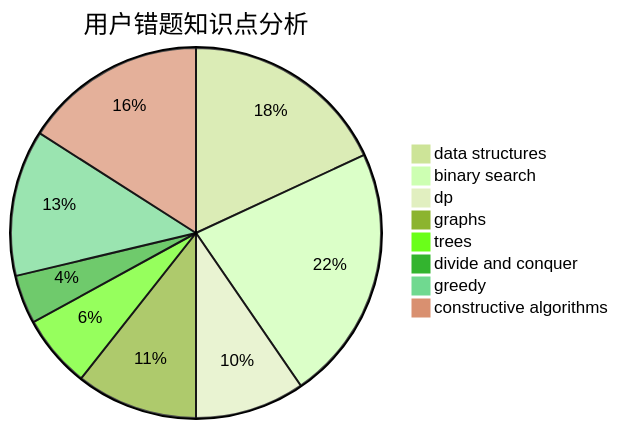
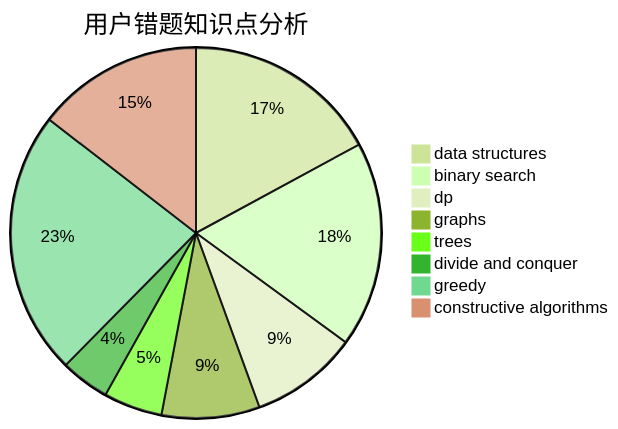
Before and after one commit to sherpahu/cfrs.github.io: the third of 3 diagrams in docs/user/u2260.md, drawn with Mermaid (forest theme). The commit also changed other lines of this file and 2770 other files, not shown here.

````diff
--- a/docs/user/u2260.md
+++ b/docs/user/u2260.md
@@ -36,11 +36,11 @@
 ```mermaid
 pie title 用户错题知识点分析
-    "data structures" :  17
+    "data structures" :  20
     "binary search" :  21
-    "dp" :  9
+    "dp" :  11
     "graphs" :  10
     "trees" :  6
-    "divide and conquer" :  4
-    "greedy" :  12
-    "constructive algorithms" :  15
+    "divide and conquer" :  5
+    "greedy" :  27
+    "constructive algorithms" :  17
 ```
````
